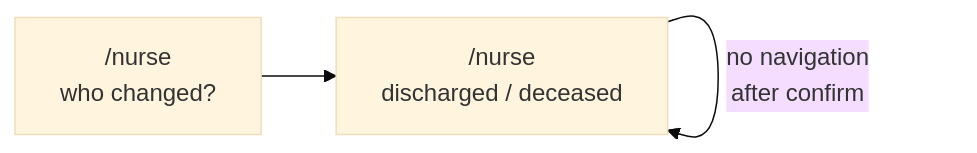
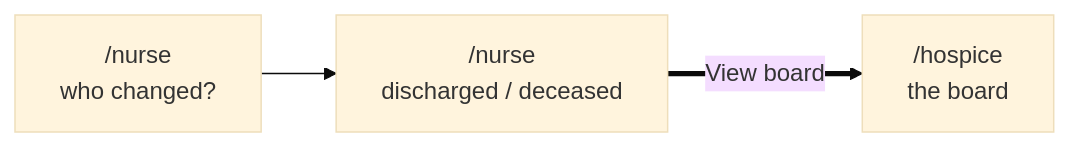
One commit to kr3wangel/betterrx-hackathon-2026 changed the fifth of 6 diagrams in docs/UX-FLOWS.md. Above: the diagram before and after it, drawn with Mermaid (base theme). The commit also changed other lines of this file and 5 other files, not shown here.

````diff
--- a/docs/UX-FLOWS.md
+++ b/docs/UX-FLOWS.md
@@ -182,7 +186,8 @@
 ```mermaid
 graph LR
   A["/nurse<br/>who changed?"]
   B["/nurse<br/>discharged / deceased"]
+  C["/hospice<br/>the board"]
   A --> B
-  B -->|"no navigation<br/>after confirm"| B
+  B ==>|"View board"| C
 ```
````
